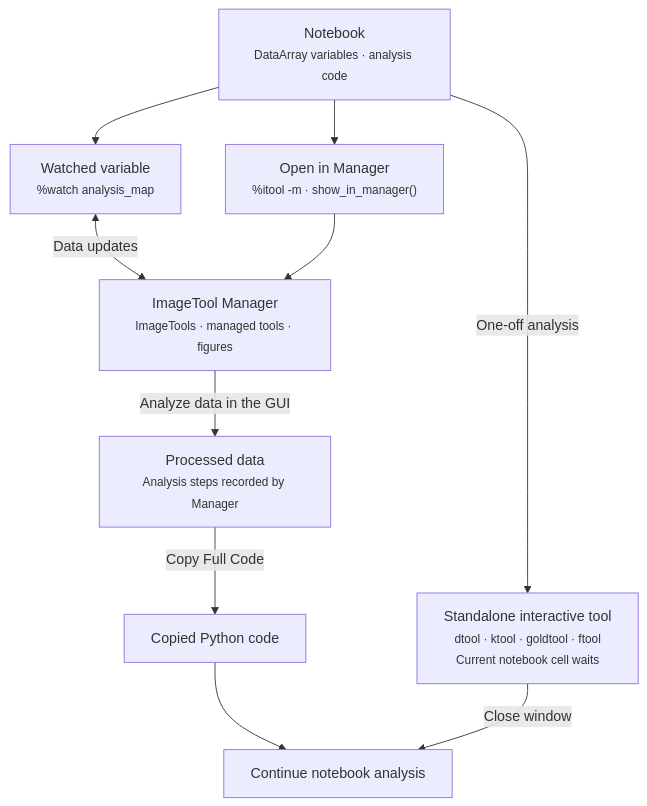
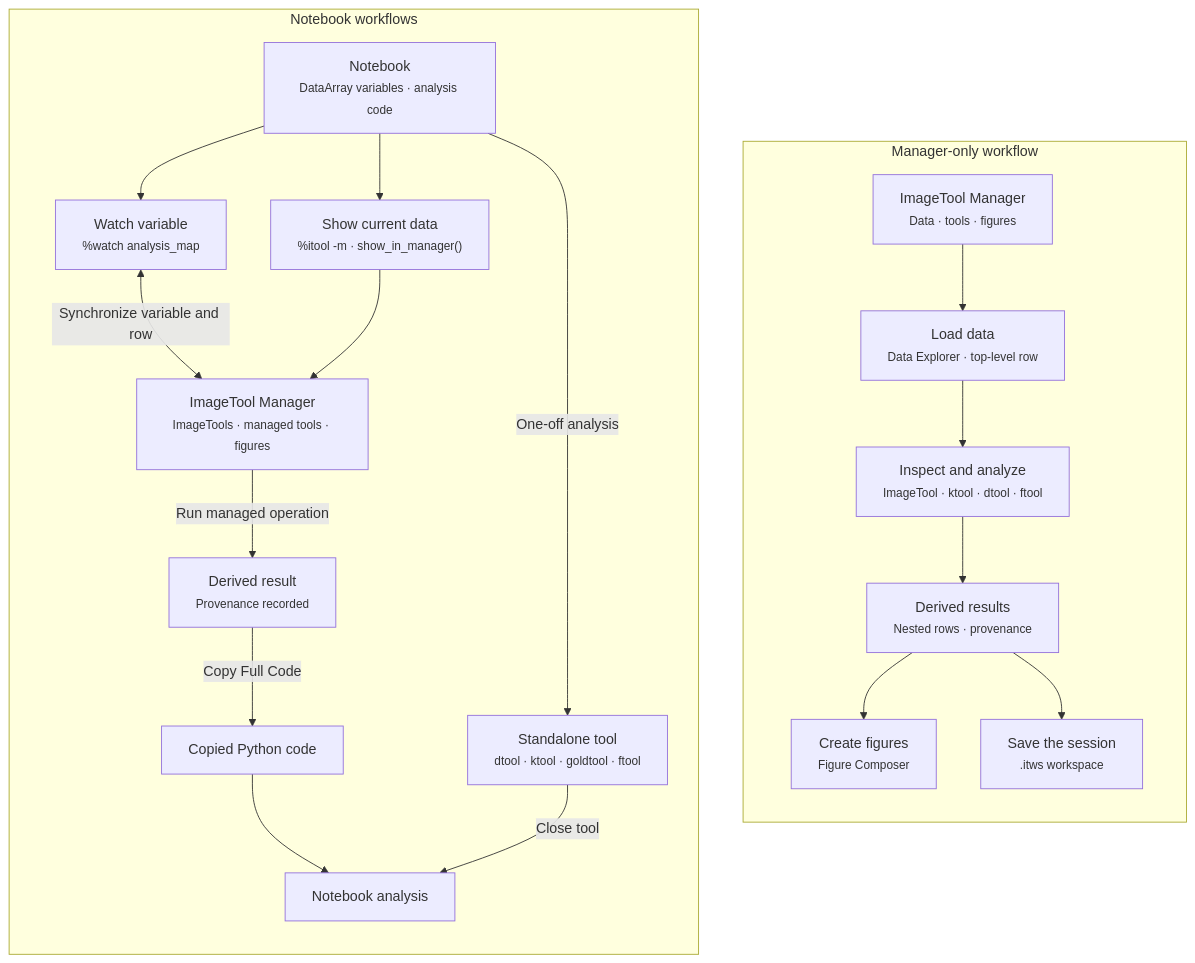
One commit to kmnhan/erlabpy changed the diagram in docs/source/explanation/python-and-gui-workflows.md. Above: the diagram before and after it, drawn with Mermaid. The commit also changed other lines of this file and 27 other files, not shown here.

````diff
--- a/docs/source/explanation/python-and-gui-workflows.md
+++ b/docs/source/explanation/python-and-gui-workflows.md
@@ -24,25 +11,44 @@
 ```{mermaid}
-:alt: A notebook can synchronize a variable with ImageTool Manager, open data in Manager once, or run a standalone interactive tool until the tool closes.
+:alt: Two panels show the notebook workflows and the Manager-only workflow.
 
-flowchart TB
-    notebook["Notebook<br/><small>DataArray variables · analysis code</small>"]
-    watched["Watched variable<br/><small>%watch analysis_map</small>"]
-    open["Open in Manager<br/><small>%itool -m · show_in_manager()</small>"]
-    manager["ImageTool Manager<br/><small>ImageTools · managed tools · figures</small>"]
-    result["Processed data<br/><small>Analysis steps recorded by Manager</small>"]
-    code["Copied Python code"]
-    tool["Standalone interactive tool<br/><small>dtool · ktool · goldtool · ftool<br/>Current notebook cell waits</small>"]
-    continue["Continue notebook analysis"]
+flowchart LR
+    subgraph notebook_workflows["Notebook workflows"]
+        direction TB
+        notebook["Notebook<br/><small>DataArray variables · analysis code</small>"]
+        watched["Watch variable<br/><small>%watch analysis_map</small>"]
+        show["Show current data<br/><small>%itool -m · show_in_manager()</small>"]
+        manager["ImageTool Manager<br/><small>ImageTools · managed tools · figures</small>"]
+        result["Derived result<br/><small>Provenance recorded</small>"]
+        code["Copied Python code"]
+        tool["Standalone tool<br/><small>dtool · ktool · goldtool · ftool</small>"]
+        resume["Notebook analysis"]
 
-    notebook --> watched
-    watched <-->|"Data updates"| manager
-    notebook --> open --> manager
-    manager -->|"Analyze data in the GUI"| result
-    result -->|"Copy Full Code"| code --> continue
-    notebook -->|"One-off analysis"| tool
-    tool -->|"Close window"| continue
+        notebook --> watched
+        watched <-->|"Synchronize variable and row"| manager
+        notebook --> show --> manager
+        manager -->|"Run managed operation"| result
+        result -->|"Copy Full Code"| code --> resume
+        notebook -->|"One-off analysis"| tool
+        tool -->|"Close tool"| resume
+    end
 
-    class notebook input
-    class watched,open,manager,tool focus
-    class result,code,continue output
+    subgraph manager_only_workflow["Manager-only workflow"]
+        direction TB
+        manager_only["ImageTool Manager<br/><small>Data · tools · figures</small>"]
+        load["Load data<br/><small>Data Explorer · top-level row</small>"]
+        analysis["Inspect and analyze<br/><small>ImageTool · ktool · dtool · ftool</small>"]
+        managed_result["Derived results<br/><small>Nested rows · provenance</small>"]
+        figure["Create figures<br/><small>Figure Composer</small>"]
+        workspace["Save the session<br/><small>.itws workspace</small>"]
+
+        manager_only --> load --> analysis --> managed_result
+        managed_result --> figure
+        managed_result --> workspace
+    end
+
+    notebook_workflows ~~~ manager_only_workflow
+
+    class notebook,manager_only input
+    class watched,show,manager,tool,load,analysis,figure focus
+    class result,code,resume,managed_result,workspace output
 ```
````
